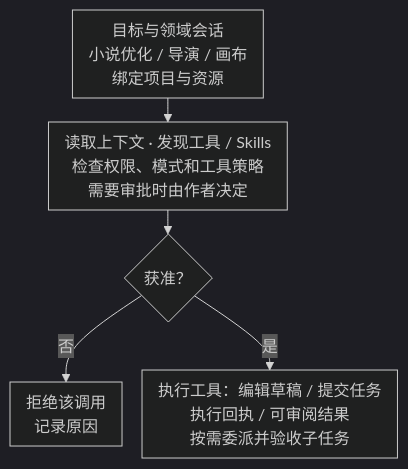
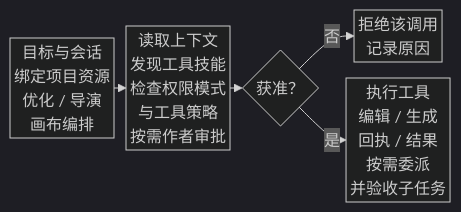
Diagram 12 of 18 in README.md (GTJasonMK/A4N), drawn with Mermaid (dark theme) before and after one commit. The commit also changed other lines of this file and 2 other files, not shown here.

````diff
--- a/README.md
+++ b/README.md
@@ -283,14 +290,14 @@
 ```mermaid
 ---
 config:
-  flowchart: { nodeSpacing: 20, rankSpacing: 24, padding: 8, wrappingWidth: 240 }
+  flowchart: { nodeSpacing: 16, rankSpacing: 12, padding: 2, wrappingWidth: 96 }
 ---
-flowchart TB
+flowchart LR
   accTitle: Agent 从创作目标到可审阅结果的执行流程
   accDescr: 领域会话绑定项目与资源，读取上下文并发现工具与技能。每次调用按权限、执行模式和工具审批策略检查，拒绝或不允许时不会执行该调用，通过后编辑草稿、生成任务或按需委派并验收子任务。
-  goal["目标与领域会话<br/>小说优化 / 导演 / 画布<br/>绑定项目与资源"]
-  goal --> policy["读取上下文 · 发现工具 / Skills<br/>检查权限、模式和工具策略<br/>需要审批时由作者决定"]
+  goal["目标与会话<br/>绑定项目资源<br/>优化 / 导演<br/>画布编排"]
+  goal --> policy["读取上下文<br/>发现工具技能<br/>检查权限模式<br/>与工具策略<br/>按需作者审批"]
   policy --> allowed{"获准？"}
   allowed -->|否| blocked["拒绝该调用<br/>记录原因"]
-  allowed -->|是| result["执行工具：编辑草稿 / 提交任务<br/>执行回执 / 可审阅结果<br/>按需委派并验收子任务"]
+  allowed -->|是| result["执行工具<br/>编辑 / 生成<br/>回执 / 结果<br/>按需委派<br/>并验收子任务"]
 ```
````
